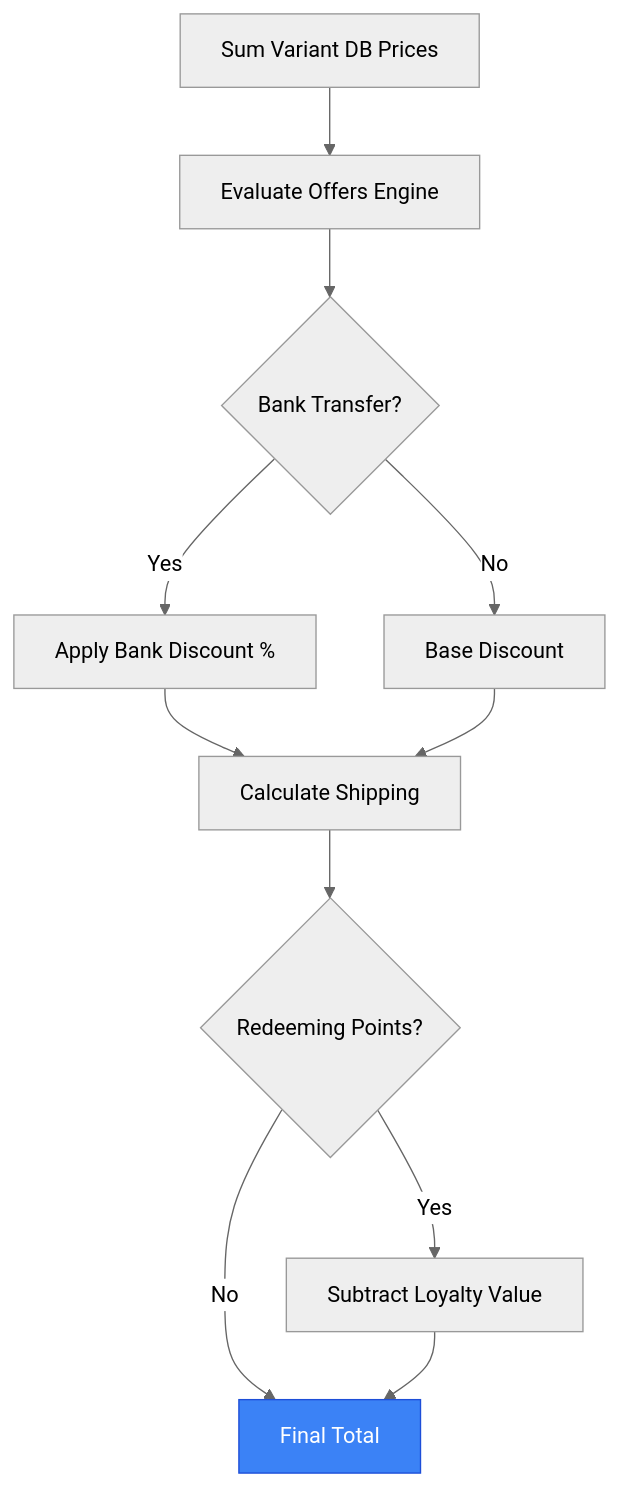
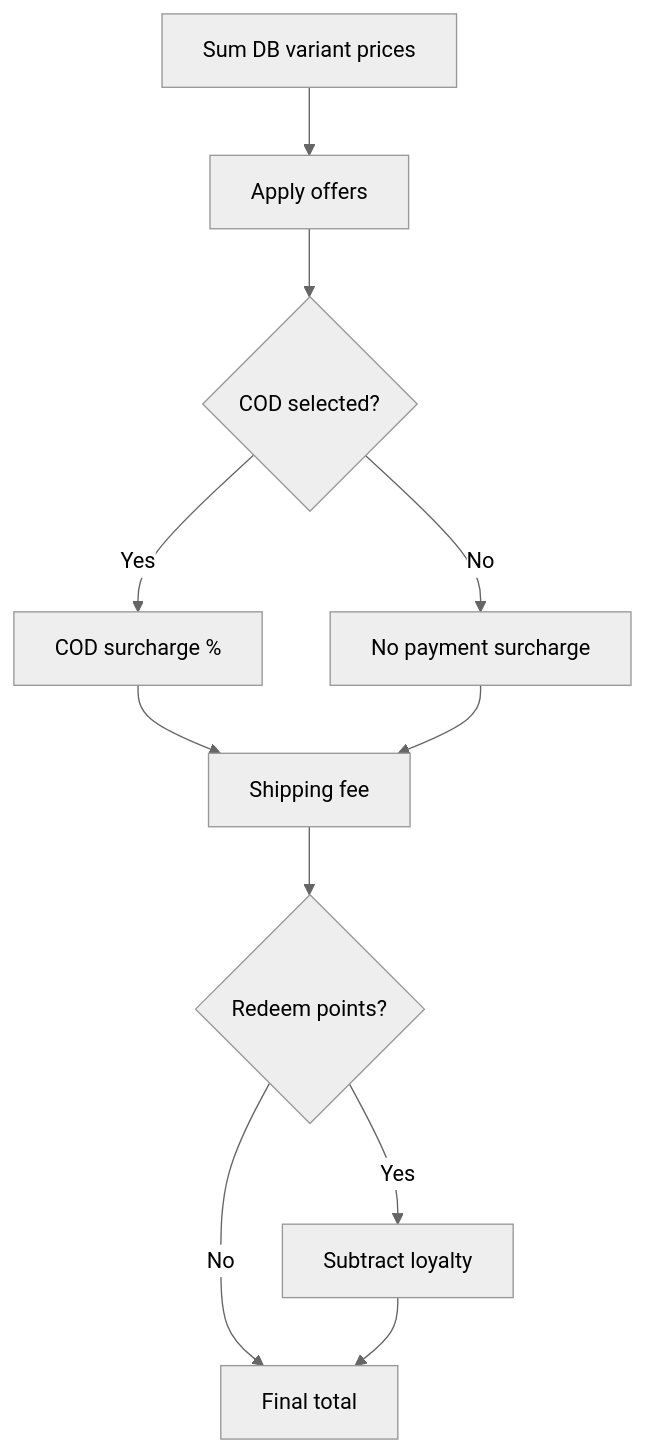
The ninth of 15 diagrams in README.md (single-solution/ibrahimMobiles), drawn with Mermaid (neutral theme) before and after one commit. The commit also changed other lines of this file and 203 other files, not shown here.

````diff
--- a/README.md
+++ b/README.md
@@ -166,15 +241,13 @@
 ```mermaid
 flowchart TD
-    A[Sum Variant DB Prices] --> B[Evaluate Offers Engine]
-    B --> C{Bank Transfer?}
-    C -- Yes --> D[Apply Bank Discount %]
-    C -- No --> E[Base Discount]
-    D --> F[Calculate Shipping]
-    E --> F
-    F --> G{Redeeming Points?}
-    G -- Yes --> H[Subtract Loyalty Value]
-    G -- No --> I[Final Total]
-    H --> I
-
-    style I fill:#3b82f6,stroke:#1d4ed8,color:white
+  A[Sum DB variant prices] --> B[Apply offers]
+  B --> C{COD selected?}
+  C -->|Yes| D[COD surcharge %]
+  C -->|No| E[No payment surcharge]
+  D --> F[Shipping fee]
+  E --> F
+  F --> G{Redeem points?}
+  G -->|Yes| H[Subtract loyalty]
+  G -->|No| I[Final total]
+  H --> I
 ```
````
